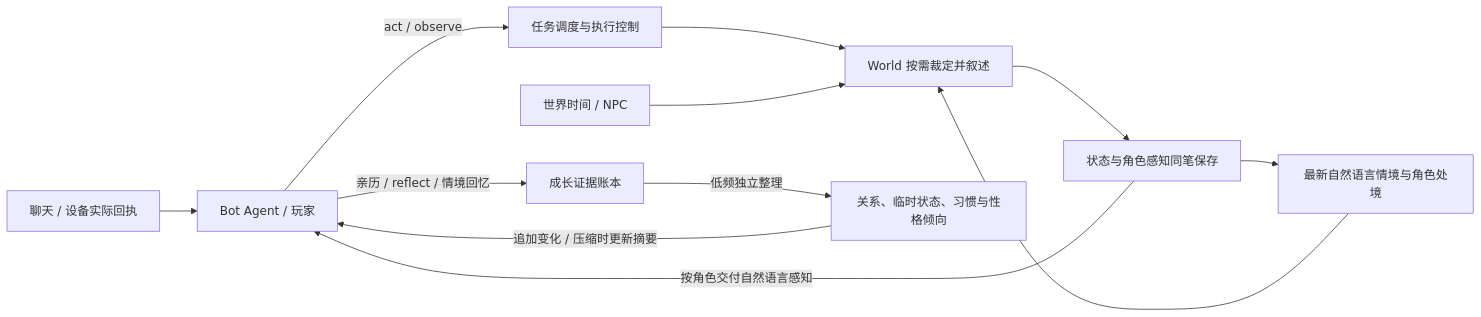
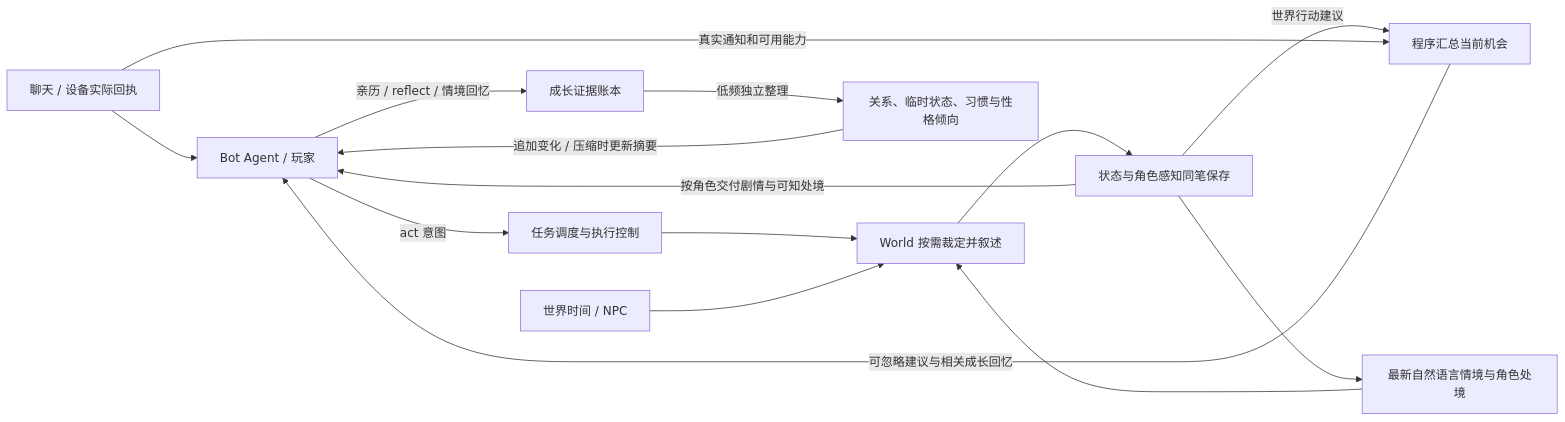
One commit to YesWeAreBot/YesImBotWorld changed the first of 3 diagrams in README.md. Above: the diagram before and after it, drawn with Mermaid. The commit also changed other lines of this file and 68 other files, not shown here.

````diff
--- a/README.md
+++ b/README.md
@@ -22,14 +30,17 @@
 ```mermaid
 flowchart LR
-  B[Bot Agent / 玩家] -->|act / observe| A[任务调度与执行控制]
+  B[Bot Agent / 玩家] -->|act 意图| A[任务调度与执行控制]
   S[最新自然语言情境与角色处境] --> W[World 按需裁定并叙述]
   A --> W
   T[世界时间 / NPC] --> W
   W --> J[状态与角色感知同笔保存]
   J --> S
-  J -->|按角色交付自然语言感知| B
+  J -->|按角色交付剧情与可知处境| B
+  J -->|世界行动建议| O[程序汇总当前机会]
+  P -->|真实通知和可用能力| O
+  O -->|可忽略建议与相关成长回忆| B
   B -->|亲历 / reflect / 情境回忆| G[成长证据账本]
   G -->|低频独立整理| R[关系、临时状态、习惯与性格倾向]
   R -->|追加变化 / 压缩时更新摘要| B
   P[聊天 / 设备实际回执] --> B
 ```
````
